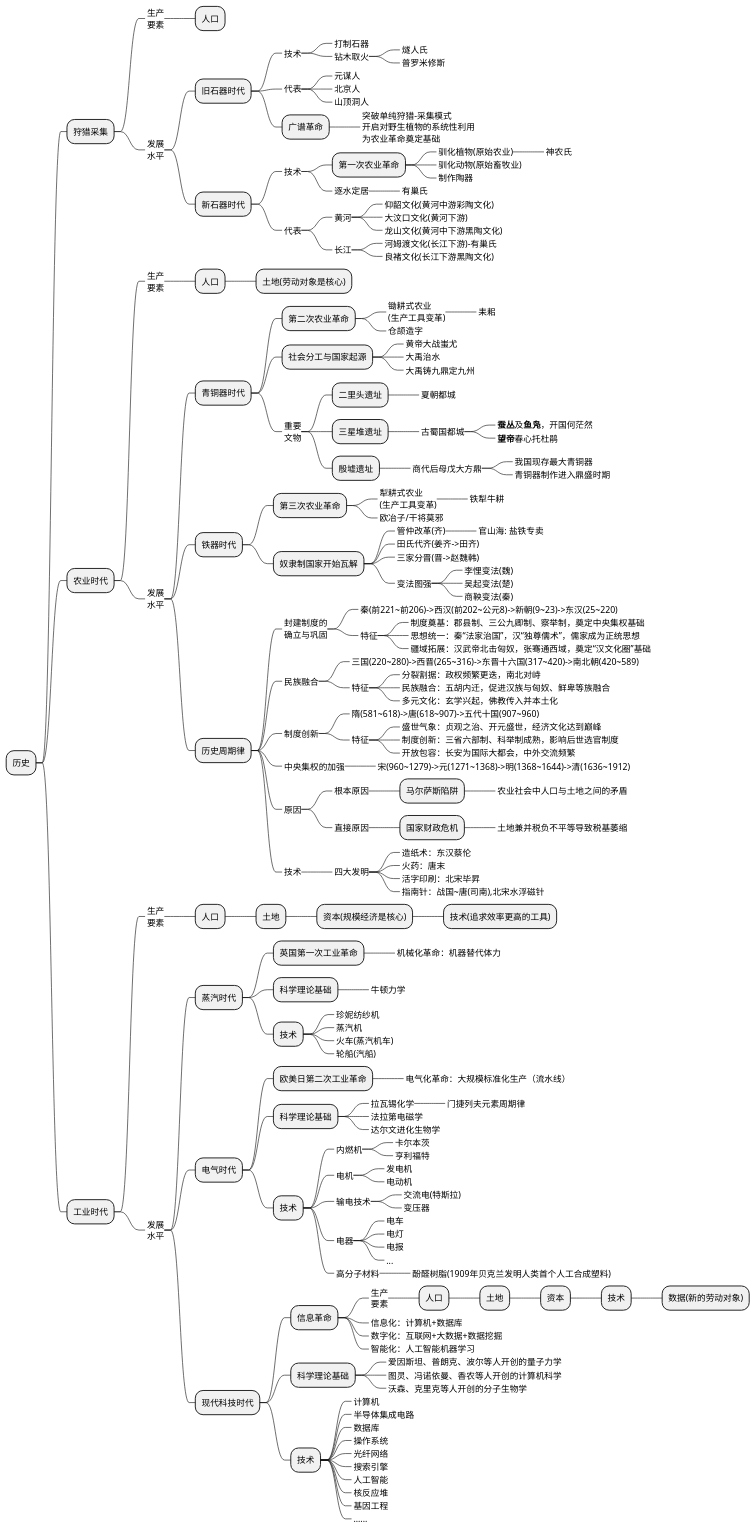
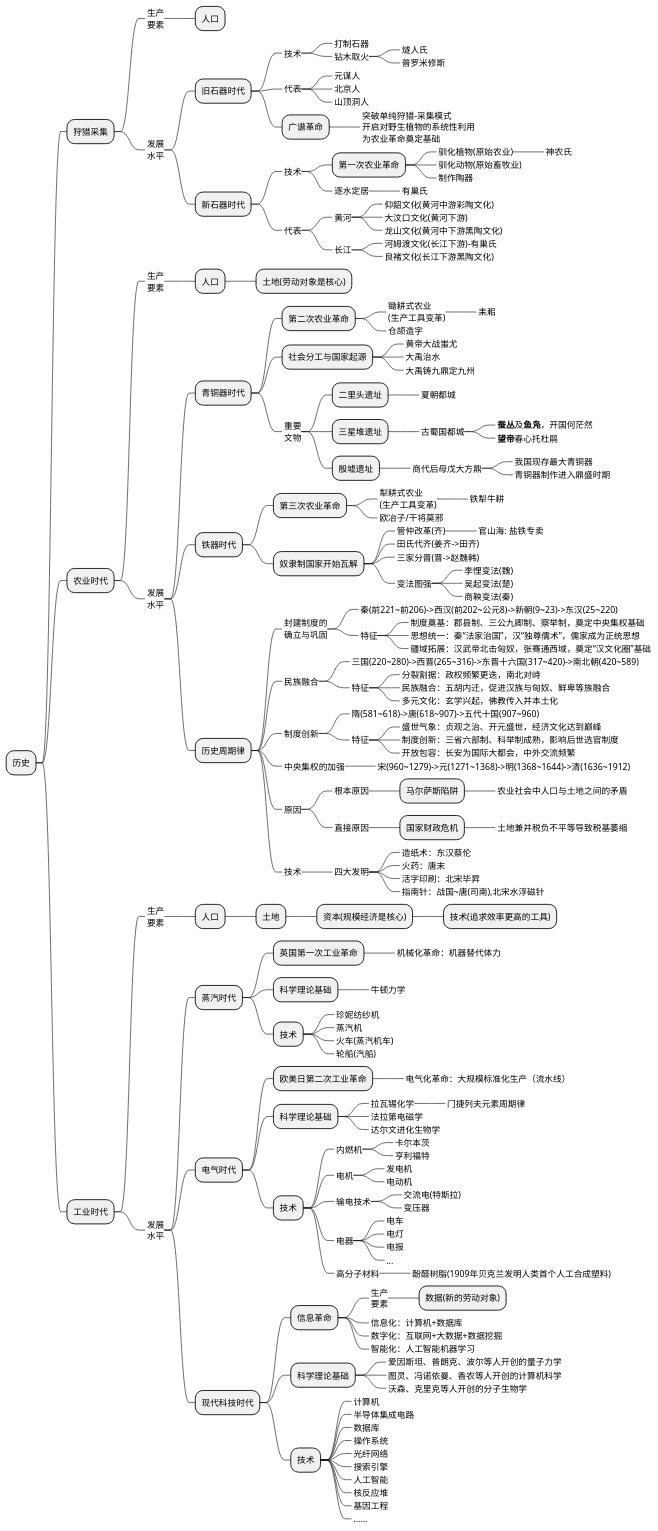
Before and after one commit to holmofy/blog.hufeifei.cn: the first of 2 diagrams in source/_posts/economic/economic_and_history.md, drawn with PlantUML.

```diff
--- a/source/_posts/economic/economic_and_history.md
+++ b/source/_posts/economic/economic_and_history.md
@@ -171,11 +171,7 @@
 ++++ 现代科技时代
 +++++ 信息革命
 ++++++_ 生产\n要素
-+++++++ 人口
-++++++++ 土地
-+++++++++ 资本
-++++++++++ 技术
-+++++++++++ 数据(新的劳动对象)
++++++++ 数据(新的劳动对象)
 ++++++_ 信息化：计算机+数据库
 ++++++_ 数字化：互联网+大数据+数据挖掘
 ++++++_ 智能化：人工智能机器学习
```
